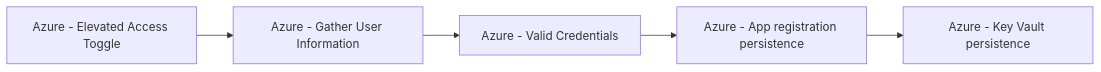
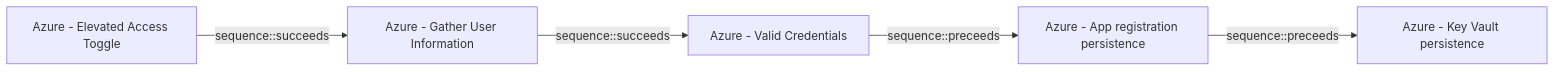
One commit to opentidehq/library changed the diagram in docs/threats/azure-elevated-access-toggle.md. Above: the diagram before and after it, drawn with Mermaid. The commit also changed other lines of this file and 277 other files, not shown here.

````diff
--- a/docs/threats/azure-elevated-access-toggle.md
+++ b/docs/threats/azure-elevated-access-toggle.md
@@ -56,12 +94,12 @@
 ```mermaid
 flowchart LR
 10a89280_d42e_446d_9f8d_840b1218f532["Azure - Elevated Access Toggle"]
 2900d389_3098_49d3_8166_5b2612d03576["Azure - Gather User Information"]
 2743bf18_3b86_4721_bf3e_153dcda0b149["Azure - Valid Credentials"]
 5d43ef75_4637_4a75_b1ed_6716052cff0e["Azure - App registration persistence"]
 bcf3bb96_ed97_4853_98ab_937c2d214f4e["Azure - Key Vault persistence"]
-10a89280_d42e_446d_9f8d_840b1218f532 --> 2900d389_3098_49d3_8166_5b2612d03576
-2900d389_3098_49d3_8166_5b2612d03576 --> 2743bf18_3b86_4721_bf3e_153dcda0b149
-2743bf18_3b86_4721_bf3e_153dcda0b149 --> 5d43ef75_4637_4a75_b1ed_6716052cff0e
-5d43ef75_4637_4a75_b1ed_6716052cff0e --> bcf3bb96_ed97_4853_98ab_937c2d214f4e
+10a89280_d42e_446d_9f8d_840b1218f532 -->|sequence::succeeds| 2900d389_3098_49d3_8166_5b2612d03576
+2900d389_3098_49d3_8166_5b2612d03576 -->|sequence::succeeds| 2743bf18_3b86_4721_bf3e_153dcda0b149
+2743bf18_3b86_4721_bf3e_153dcda0b149 -->|sequence::preceeds| 5d43ef75_4637_4a75_b1ed_6716052cff0e
+5d43ef75_4637_4a75_b1ed_6716052cff0e -->|sequence::preceeds| bcf3bb96_ed97_4853_98ab_937c2d214f4e
 ```
````
